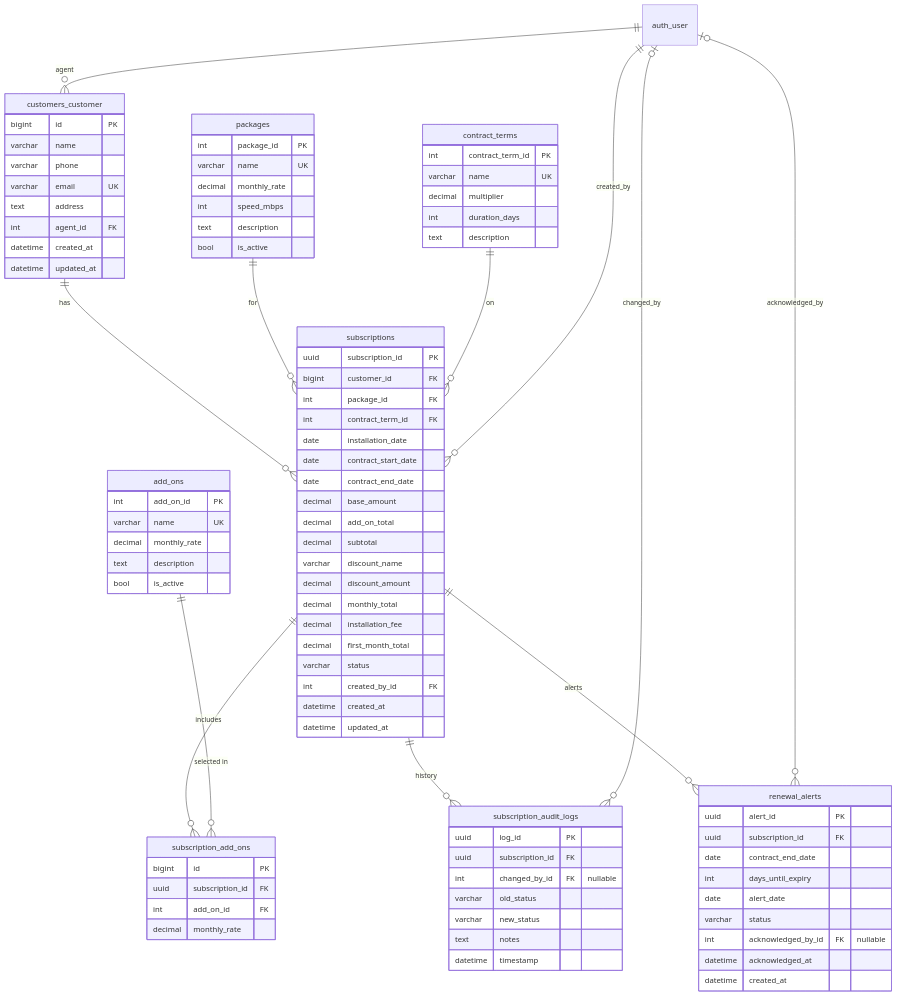
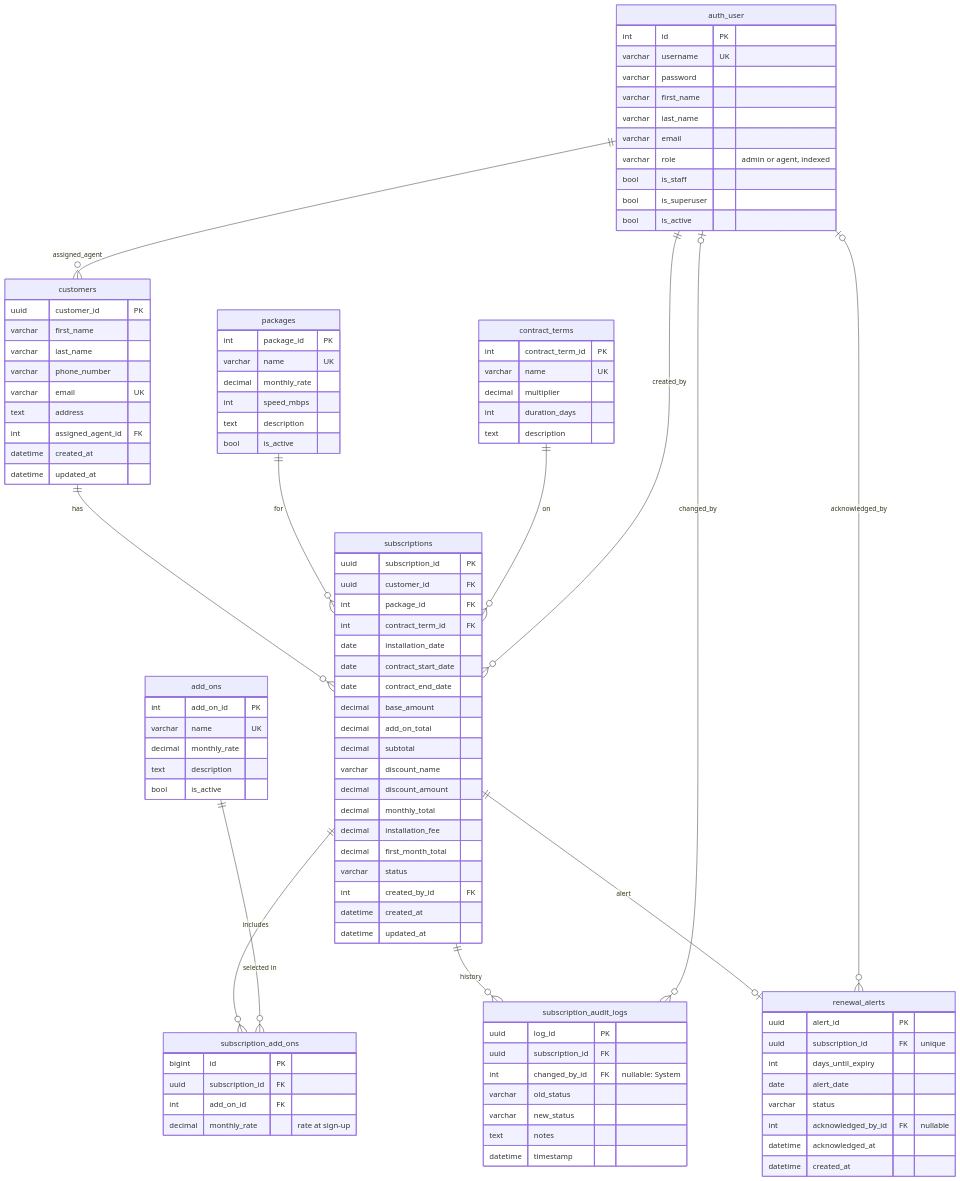
Before and after one commit to khwezimbobo/project_2: the diagram in docs/erd.md, drawn with Mermaid. The commit also changed other lines of this file and 1 other file, not shown here.

Commit message:
Final ERD and indexing documentation (matches built models)

````diff
--- a/docs/erd.md
+++ b/docs/erd.md
@@ -22,7 +25,7 @@
 ```mermaid
 erDiagram
-    auth_user ||--o{ customers_customer : "agent"
-    customers_customer ||--o{ subscriptions : has
+    auth_user ||--o{ customers : "assigned_agent"
+    customers ||--o{ subscriptions : has
     packages ||--o{ subscriptions : "for"
     contract_terms ||--o{ subscriptions : "on"
     auth_user ||--o{ subscriptions : "created_by"
@@ -30,16 +33,29 @@
     add_ons ||--o{ subscription_add_ons : "selected in"
     subscriptions ||--o{ subscription_audit_logs : "history"
     auth_user |o--o{ subscription_audit_logs : "changed_by"
-    subscriptions ||--o{ renewal_alerts : "alerts"
+    subscriptions ||--o| renewal_alerts : "alert"
     auth_user |o--o{ renewal_alerts : "acknowledged_by"
 
-    customers_customer {
-        bigint id PK
-        varchar name
-        varchar phone
+    auth_user {
+        int id PK
+        varchar username UK
+        varchar password
+        varchar first_name
+        varchar last_name
+        varchar email
+        varchar role "admin or agent, indexed"
+        bool is_staff
+        bool is_superuser
+        bool is_active
+    }
+    customers {
+        uuid customer_id PK
+        varchar first_name
+        varchar last_name
+        varchar phone_number
         varchar email UK
         text address
-        int agent_id FK
+        int assigned_agent_id FK
         datetime created_at
         datetime updated_at
     }
@@ -67,7 +83,7 @@
     }
     subscriptions {
         uuid subscription_id PK
-        bigint customer_id FK
+        uuid customer_id FK
         int package_id FK
         int contract_term_id FK
         date installation_date
@@ -90,12 +106,12 @@
         bigint id PK
         uuid subscription_id FK
         int add_on_id FK
-        decimal monthly_rate
+        decimal monthly_rate "rate at sign-up"
     }
     subscription_audit_logs {
         uuid log_id PK
         uuid subscription_id FK
-        int changed_by_id FK "nullable"
+        int changed_by_id FK "nullable: System"
         varchar old_status
         varchar new_status
         text notes
@@ -103,8 +119,7 @@
     }
     renewal_alerts {
         uuid alert_id PK
-        uuid subscription_id FK
-        date contract_end_date
+        uuid subscription_id FK "unique"
         int days_until_expiry
         date alert_date
         varchar status
````
